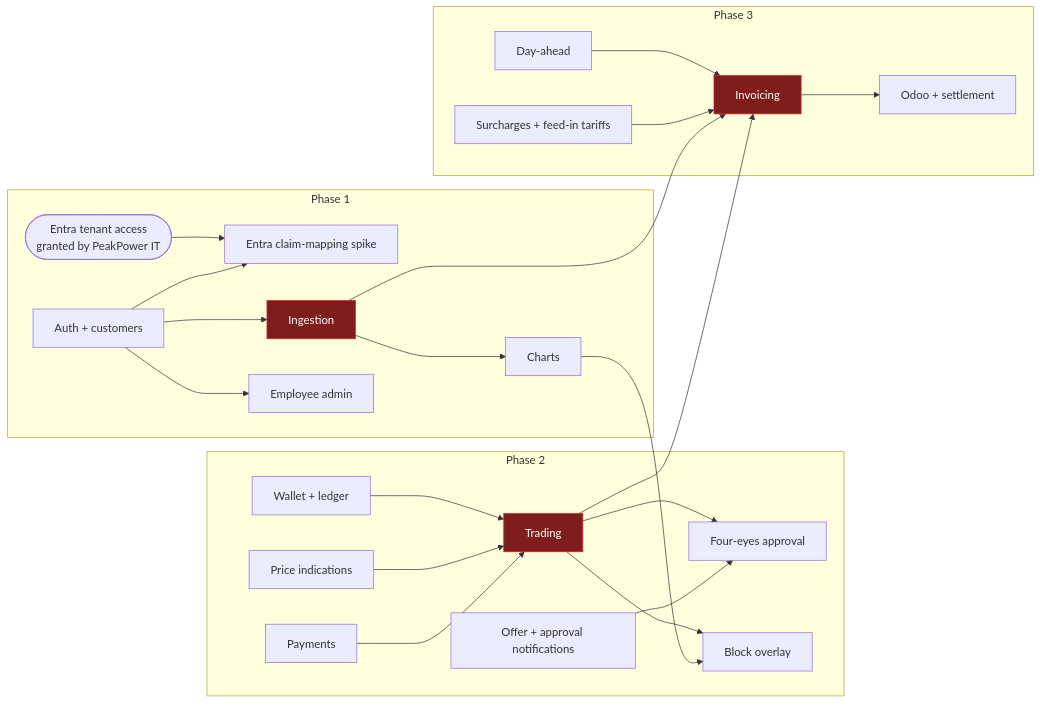
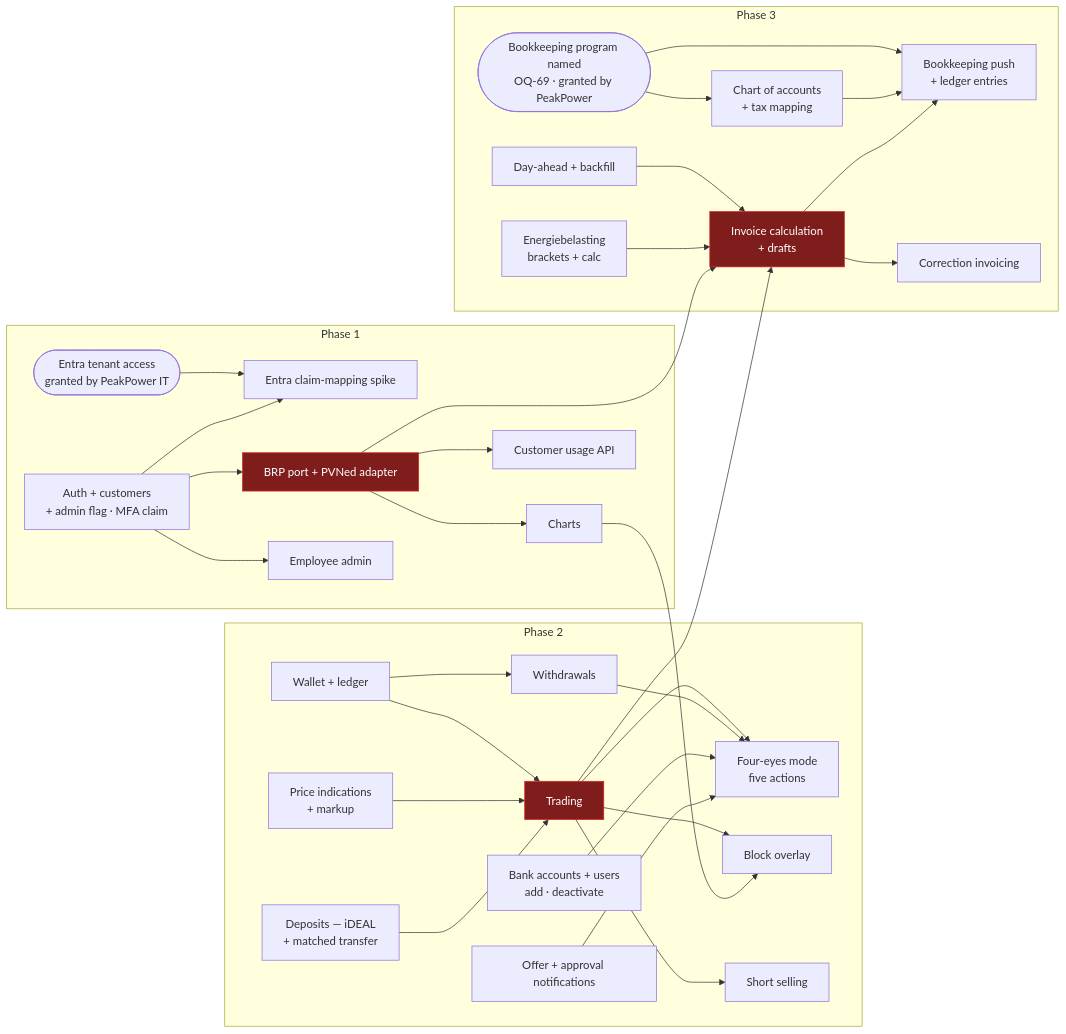
The second of 2 diagrams in specs/70-delivery/01-roadmap-and-phasing.md (lukastosic-ifd/peakpowerspecs), drawn with Mermaid before and after one commit. The commit also changed other lines of this file and 66 other files, not shown here.

````diff
--- a/specs/70-delivery/01-roadmap-and-phasing.md
+++ b/specs/70-delivery/01-roadmap-and-phasing.md
@@ -341,29 +606,38 @@
 ```mermaid
 flowchart LR
     subgraph p1["Phase 1"]
         A0(["Entra tenant access<br/>granted by PeakPower IT"]) --> A5
-        A1["Auth + customers"] --> A2["Ingestion"]
+        A1["Auth + customers<br/>+ admin flag · MFA claim"] --> A2["BRP port + PVNed adapter"]
         A2 --> A3["Charts"]
+        A2 --> A6["Customer usage API"]
         A1 --> A4["Employee admin"]
         A1 --> A5["Entra claim-mapping spike"]
     end
     subgraph p2["Phase 2"]
         B1["Wallet + ledger"] --> B2["Trading"]
-        B3["Price indications"] --> B2
-        B4["Payments"] --> B2
-        B2 --> B6["Four-eyes approval"]
+        B3["Price indications<br/>+ markup"] --> B2
+        B4["Deposits — iDEAL<br/>+ matched transfer"] --> B2
+        B1 --> B8["Withdrawals"]
+        B2 --> B6["Four-eyes mode<br/>five actions"]
+        B8 --> B6
+        B10["Bank accounts + users<br/>add · deactivate"] --> B6
         B7["Offer + approval notifications"] --> B6
         B2 --> B5["Block overlay"]
+        B2 --> B9["Short selling"]
     end
     subgraph p3["Phase 3"]
-        C1["Day-ahead"] --> C3["Invoicing"]
-        C2["Surcharges + feed-in tariffs"] --> C3
-        C3 --> C4["Odoo + settlement"]
+        C0(["Bookkeeping program named<br/>OQ-69 · granted by PeakPower"]) --> C5
+        C0 --> C4
+        C1["Day-ahead + backfill"] --> C3["Invoice calculation<br/>+ drafts"]
+        C6["Energiebelasting<br/>brackets + calc"] --> C3
+        C5["Chart of accounts<br/>+ tax mapping"] --> C4["Bookkeeping push<br/>+ ledger entries"]
+        C3 --> C4
+        C3 --> C7["Correction invoicing"]
     end
     A3 --> B5
     A2 --> C3
     B2 --> C3
 
     classDef crit fill:#7f1d1d,stroke:#dc2626,color:#fff
     class A2,B2,C3 crit
 ```
````
